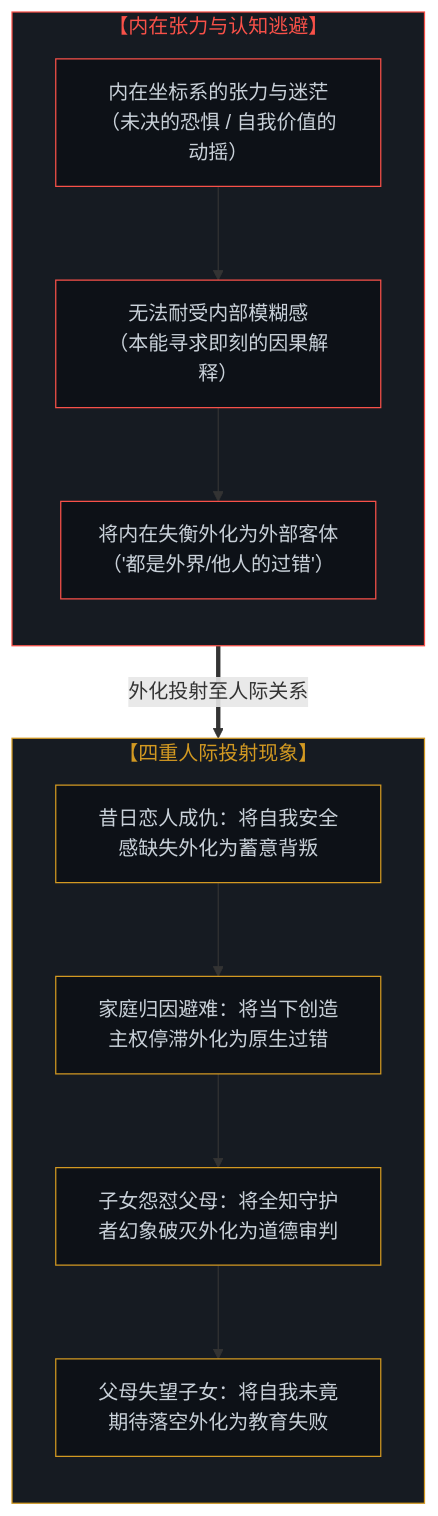
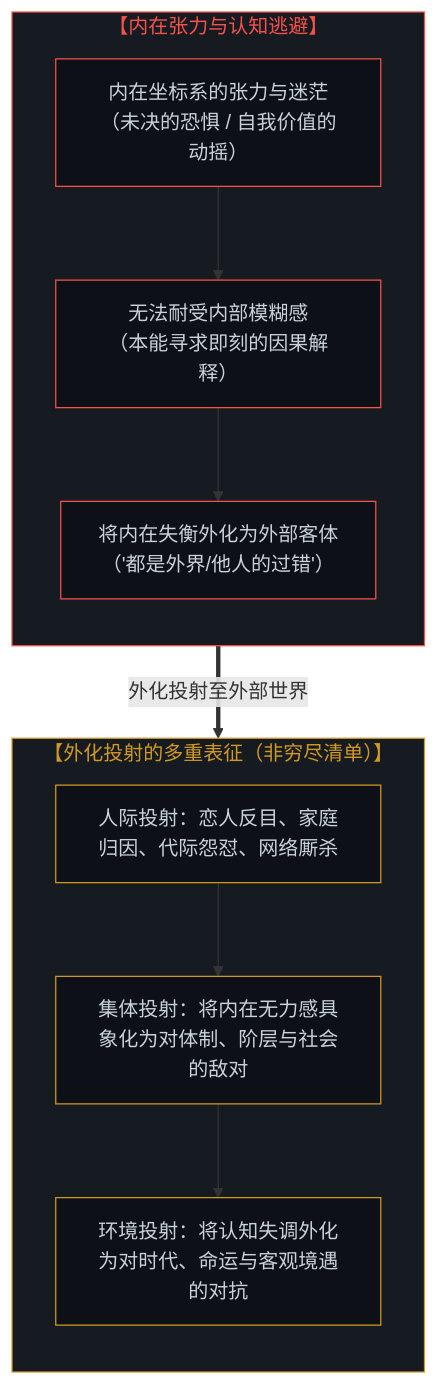
One commit to powerpig99/not-a-toe changed the first of 4 diagrams in content/posts/the-illusion-of-knowing-and-the-geometry-of-amputation.md. Above: the diagram before and after it, drawn with Mermaid. The commit also changed other lines of this file and 5 other files, not shown here.

````diff
--- a/content/posts/the-illusion-of-knowing-and-the-geometry-of-amputation.md
+++ b/content/posts/the-illusion-of-knowing-and-the-geometry-of-amputation.md
@@ -17,31 +17,29 @@
 ```mermaid
 graph TD
     subgraph S_Confusion["【内在张力与认知逃避】"]
         direction TB
         C1["内在坐标系的张力与迷茫<br>（未决的恐惧 / 自我价值的动摇）"]
         C2["无法耐受内部模糊感<br>（本能寻求即刻的因果解释）"]
         C3["将内在失衡外化为外部客体<br>（'都是外界/他人的过错'）"]
         C1 --> C2 --> C3
     end
 
-    subgraph S_Relational_Fracture["【四重人际投射现象】"]
+    subgraph S_Relational_Fracture["【外化投射的多重表征（非穷尽清单）】"]
         direction TB
-        R1["昔日恋人成仇：将自我安全感缺失外化为蓄意背叛"]
-        R2["家庭归因避难：将当下创造主权停滞外化为原生过错"]
-        R3["子女怨怼父母：将全知守护者幻象破灭外化为道德审判"]
-        R4["父母失望子女：将自我未竟期待落空外化为教育失败"]
-        R1 --> R2 --> R3 --> R4
+        R1["人际投射：恋人反目、家庭归因、代际怨怼、网络厮杀"]
+        R2["集体投射：将内在无力感具象化为对体制、阶层与社会的敌对"]
+        R3["环境投射：将认知失调外化为对时代、命运与客观境遇的对抗"]
+        R1 --> R2 --> R3
     end
 
-    C3 ==>|"外化投射至人际关系"| R1
+    C3 ==>|"外化投射至外部世界"| R1
 
     style S_Confusion fill:#161b22,stroke:#f85149,stroke-width:1px,color:#f85149
     style S_Relational_Fracture fill:#161b22,stroke:#d29922,stroke-width:1px,color:#d29922
     style C1 fill:#0d1117,stroke:#f85149,stroke-width:1px,color:#c9d1d9
     style C2 fill:#0d1117,stroke:#f85149,stroke-width:1px,color:#c9d1d9
     style C3 fill:#0d1117,stroke:#f85149,stroke-width:1px,color:#c9d1d9
     style R1 fill:#0d1117,stroke:#d29922,stroke-width:1px,color:#c9d1d9
     style R2 fill:#0d1117,stroke:#d29922,stroke-width:1px,color:#c9d1d9
     style R3 fill:#0d1117,stroke:#d29922,stroke-width:1px,color:#c9d1d9
-    style R4 fill:#0d1117,stroke:#d29922,stroke-width:1px,color:#c9d1d9
 ```
````
